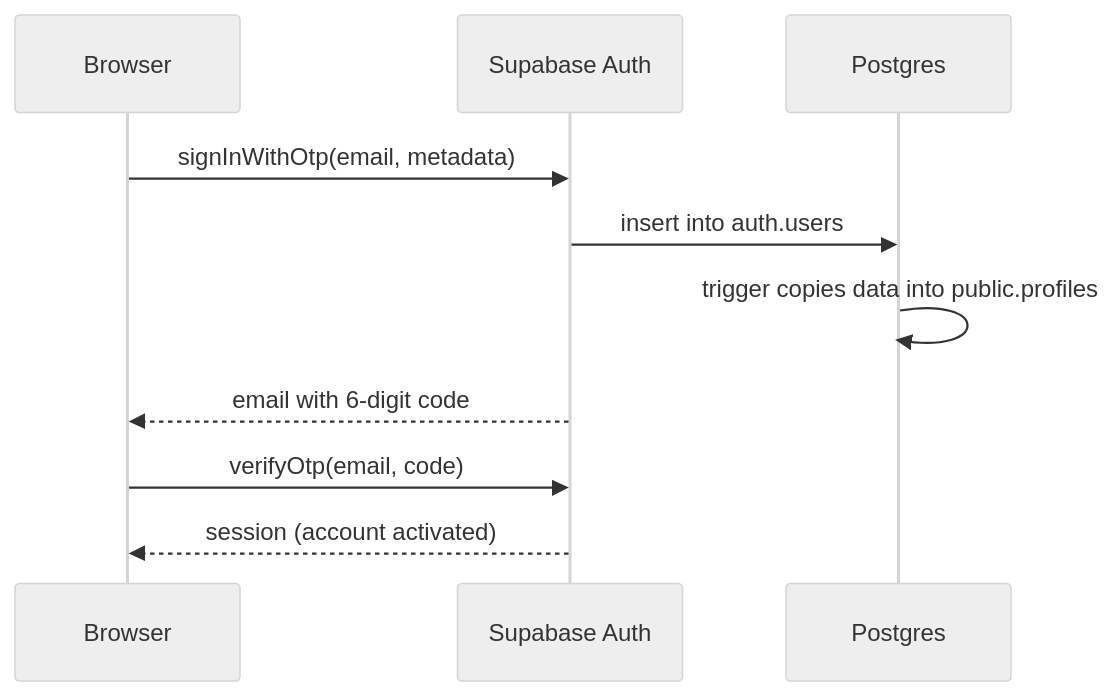
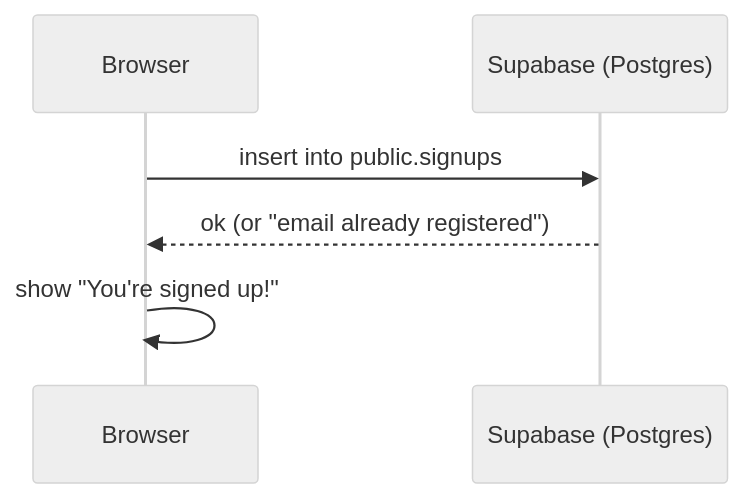
One commit to hammambaniodeh03-create/supabase- changed the diagram in README.md. Above: the diagram before and after it, drawn with Mermaid (neutral theme). The commit also changed other lines of this file and 6 other files, not shown here.

````diff
--- a/README.md
+++ b/README.md
@@ -13,12 +12,8 @@
 ```mermaid
 sequenceDiagram
     participant U as Browser
-    participant A as Supabase Auth
-    participant D as Postgres
-    U->>A: signInWithOtp(email, metadata)
-    A->>D: insert into auth.users
-    D->>D: trigger copies data into public.profiles
-    A-->>U: email with 6-digit code
-    U->>A: verifyOtp(email, code)
-    A-->>U: session (account activated)
+    participant D as Supabase (Postgres)
+    U->>D: insert into public.signups
+    D-->>U: ok (or "email already registered")
+    U->>U: show "You're signed up!"
 ```
````
